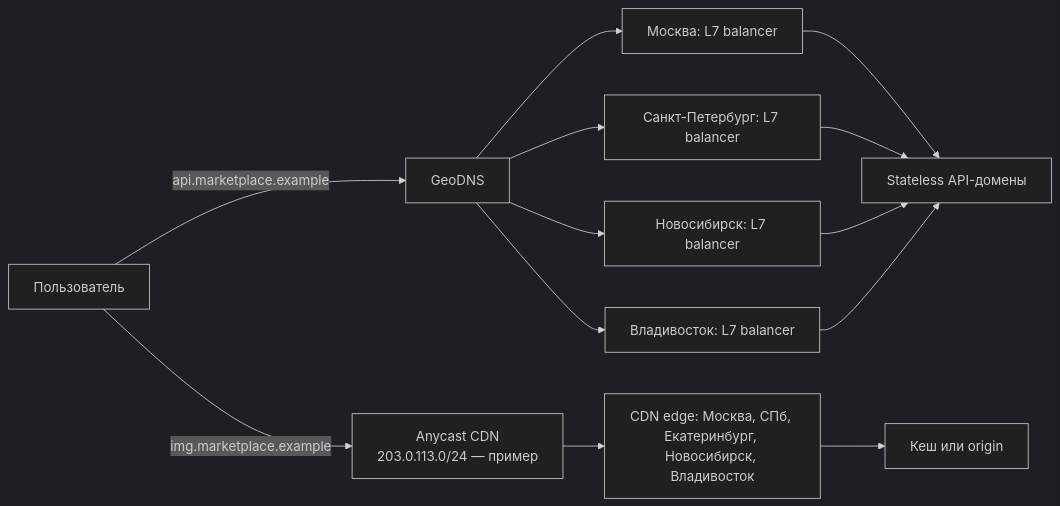
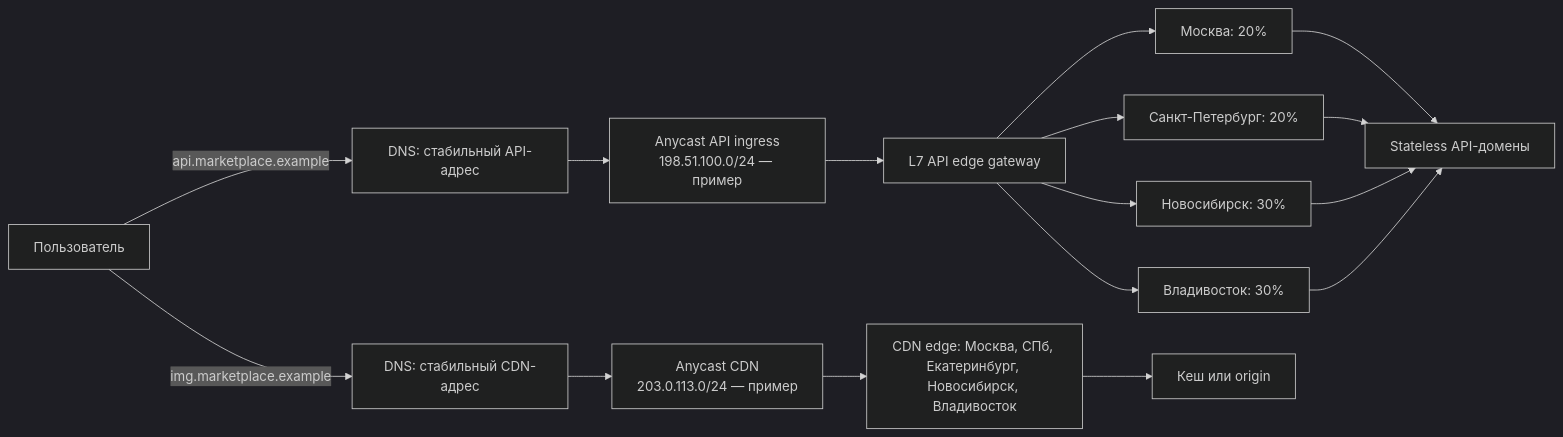
The diagram in README.md (amklimenkov752/tp_highload_2026), drawn with Mermaid (dark theme) before and after one commit. The commit also changed other lines of this file, not shown here.

Commit message:
[3] global load balancing fix geodns

````diff
--- a/README.md
+++ b/README.md
@@ -344,12 +344,15 @@
 ```mermaid
 flowchart LR
-    U[Пользователь] -->|api.marketplace.example| DNS[GeoDNS]
-    DNS --> M[Москва: L7 balancer]
-    DNS --> S[Санкт-Петербург: L7 balancer]
-    DNS --> N[Новосибирск: L7 balancer]
-    DNS --> V[Владивосток: L7 balancer]
+    U[Пользователь] -->|api.marketplace.example| DNS1[DNS: стабильный API-адрес]
+    DNS1 --> AAPI[Anycast API ingress\n198.51.100.0/24 — пример]
+    AAPI --> G[L7 API edge gateway]
+    G --> M[Москва: 20%]
+    G --> S[Санкт-Петербург: 20%]
+    G --> N[Новосибирск: 30%]
+    G --> V[Владивосток: 30%]
     M & S & N & V --> API[Stateless API-домены]
-    U -->|img.marketplace.example| A[Anycast CDN\n203.0.113.0/24 — пример]
-    A --> C[CDN edge: Москва, СПб, Екатеринбург, Новосибирск, Владивосток]
+    U -->|img.marketplace.example| DNS2[DNS: стабильный CDN-адрес]
+    DNS2 --> ACDN[Anycast CDN\n203.0.113.0/24 — пример]
+    ACDN --> C[CDN edge: Москва, СПб, Екатеринбург, Новосибирск, Владивосток]
     C --> O[Кеш или origin]
 ```
````
